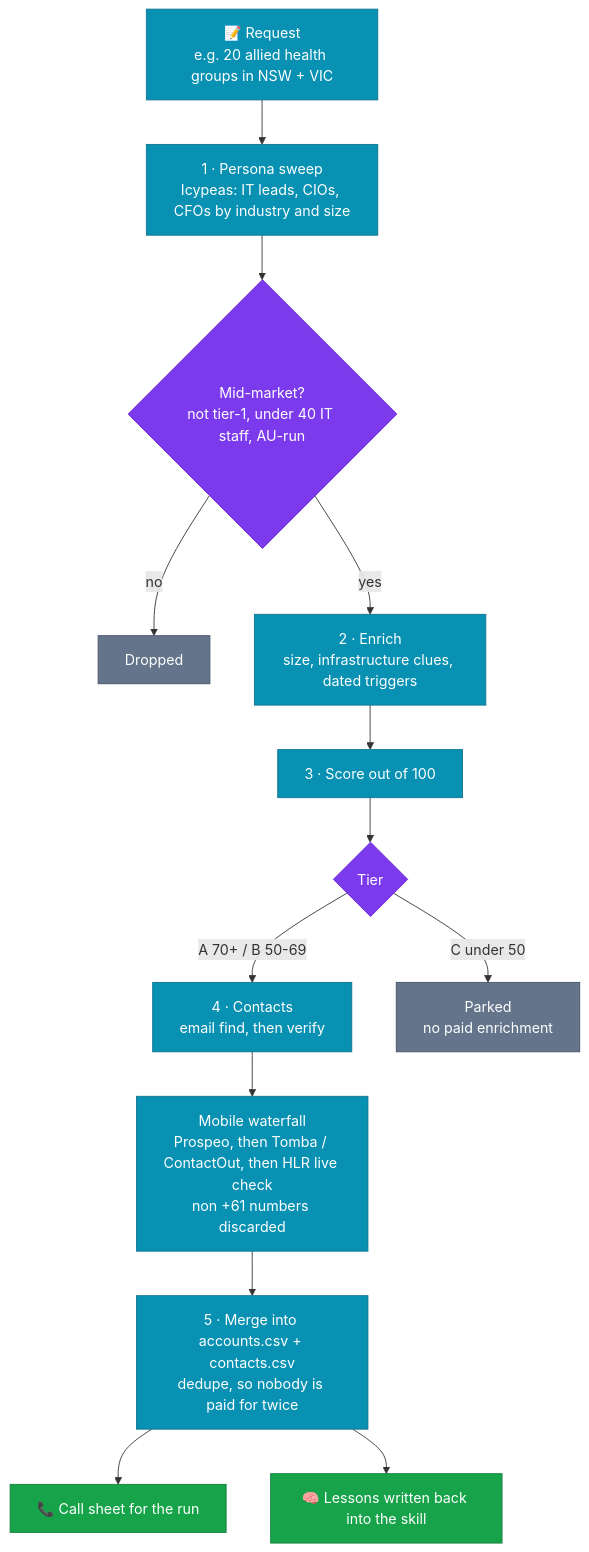
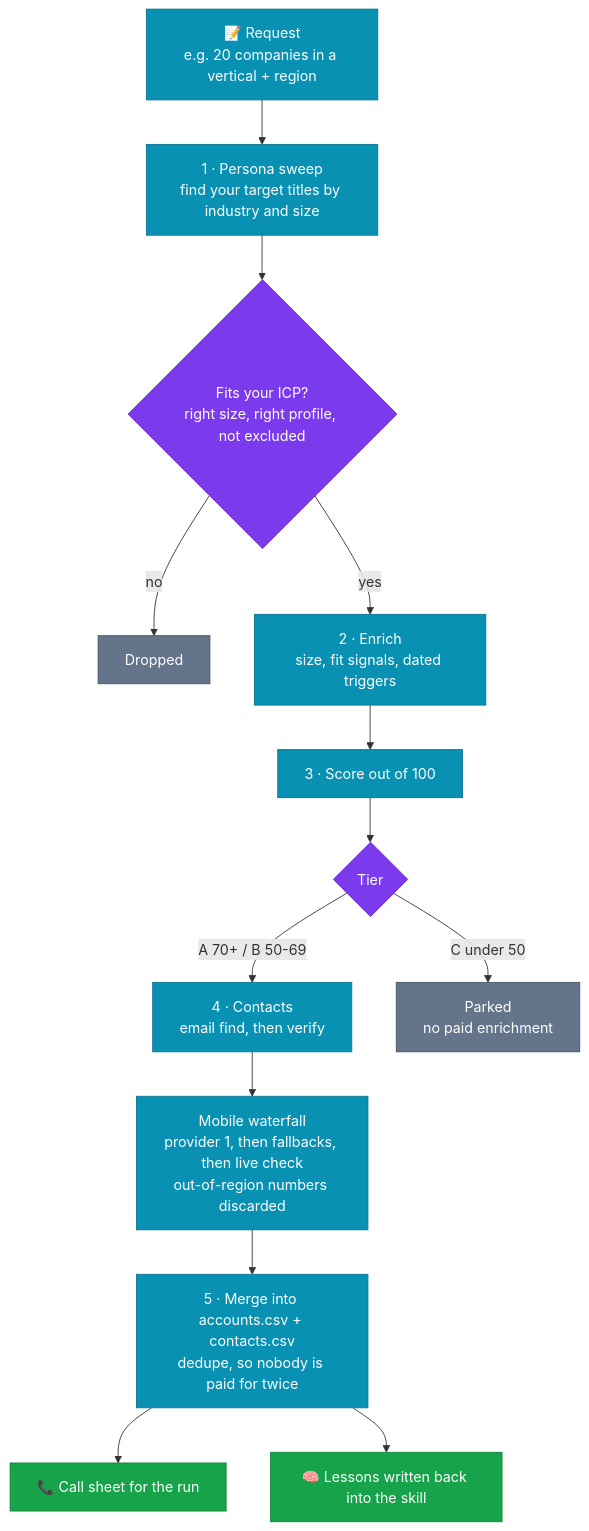
One commit to Demps-one/au-midmarket-prospector changed the second of 2 diagrams in README.md. Above: the diagram before and after it, drawn with Mermaid. The commit also changed other lines of this file and 6 other files, not shown here.

````diff
--- a/README.md
+++ b/README.md
@@ -130,24 +120,24 @@
 ```mermaid
 flowchart TD
-    A["📝 Request<br/>e.g. 20 allied health groups in NSW + VIC"] --> B["1 · Persona sweep<br/>Icypeas: IT leads, CIOs, CFOs by industry and size"]
-    B --> C{"Mid-market?<br/>not tier-1, under 40 IT staff, AU-run"}
+    A["📝 Request<br/>e.g. 20 companies in a vertical + region"] --> B["1 · Persona sweep<br/>find your target titles by industry and size"]
+    B --> C{"Fits your ICP?<br/>right size, right profile, not excluded"}
     C -->|no| X["Dropped"]
-    C -->|yes| D["2 · Enrich<br/>size, infrastructure clues, dated triggers"]
+    C -->|yes| D["2 · Enrich<br/>size, fit signals, dated triggers"]
     D --> E["3 · Score out of 100"]
     E --> T{"Tier"}
     T -->|"A 70+ / B 50-69"| F["4 · Contacts<br/>email find, then verify"]
     T -->|"C under 50"| P["Parked<br/>no paid enrichment"]
-    F --> G["Mobile waterfall<br/>Prospeo, then Tomba / ContactOut, then HLR live check<br/>non +61 numbers discarded"]
+    F --> G["Mobile waterfall<br/>provider 1, then fallbacks, then live check<br/>out-of-region numbers discarded"]
     G --> H["5 · Merge into accounts.csv + contacts.csv<br/>dedupe, so nobody is paid for twice"]
     H --> I["📞 Call sheet for the run"]
     H --> L["🧠 Lessons written back into the skill"]
 
     classDef step fill:#0891B2,stroke:#0E7490,color:#fff
     classDef gate fill:#7C3AED,stroke:#6D28D9,color:#fff
     classDef stop fill:#64748B,stroke:#475569,color:#fff
     classDef out fill:#16A34A,stroke:#15803D,color:#fff
     class A,B,D,E,F,G,H step
     class C,T gate
     class X,P stop
     class I,L out
 ```
````
